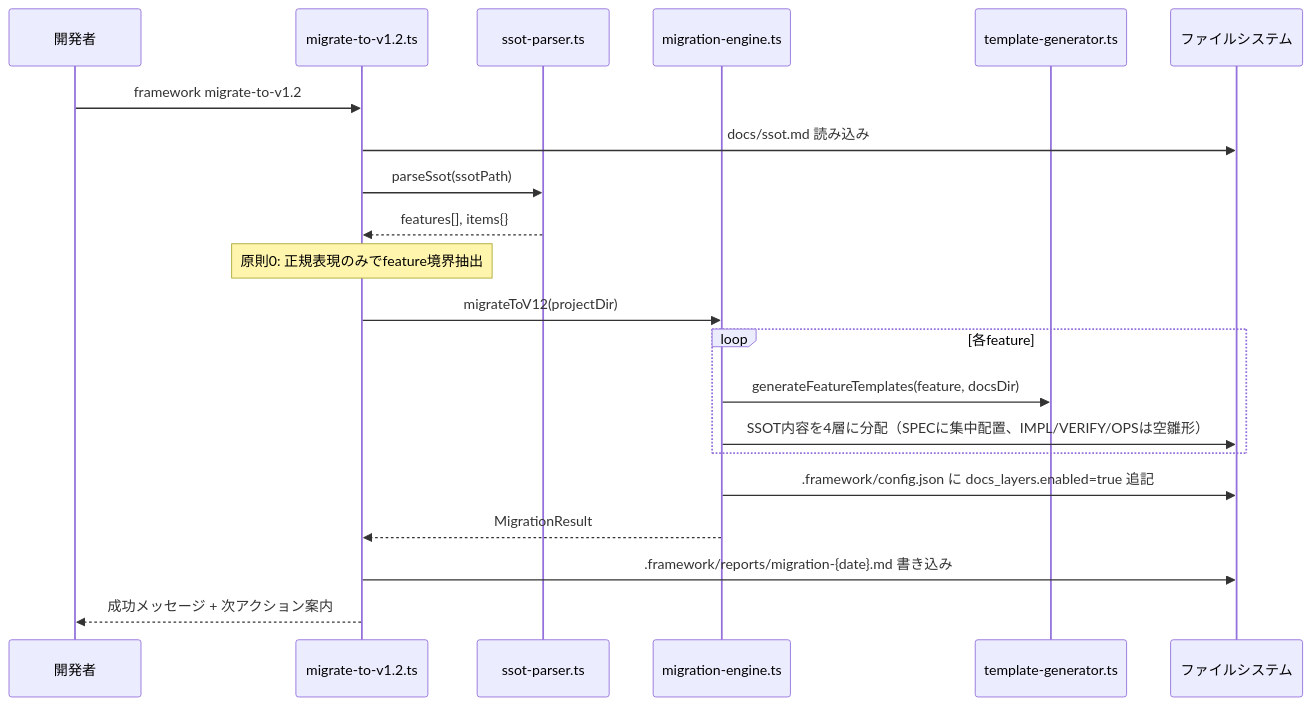
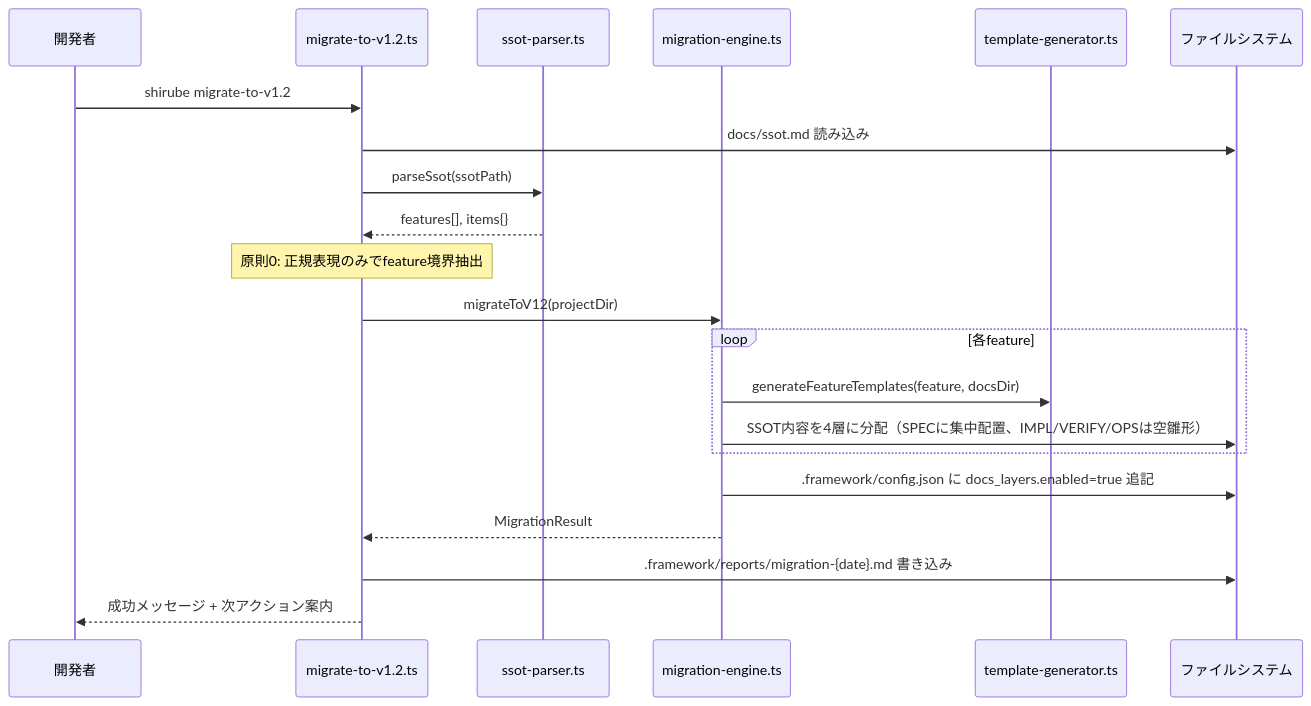
One commit to watchout/ai-dev-framework changed the third of 3 diagrams in docs/impl/v1.2.0-4layer-doc-system.md. Above: the diagram before and after it, drawn with Mermaid. The commit also changed other lines of this file and 134 other files, not shown here.

````diff
--- a/docs/impl/v1.2.0-4layer-doc-system.md
+++ b/docs/impl/v1.2.0-4layer-doc-system.md
@@ -244,24 +244,24 @@
 ```mermaid
 sequenceDiagram
   participant U as 開発者
   participant CLI as migrate-to-v1.2.ts
   participant SP as ssot-parser.ts
   participant ME as migration-engine.ts
   participant TG as template-generator.ts
   participant FS as ファイルシステム
 
-  U->>CLI: framework migrate-to-v1.2
+  U->>CLI: shirube migrate-to-v1.2
   CLI->>FS: docs/ssot.md 読み込み
   CLI->>SP: parseSsot(ssotPath)
   SP-->>CLI: features[], items{}
   Note over CLI: 原則0: 正規表現のみでfeature境界抽出
   CLI->>ME: migrateToV12(projectDir)
   loop 各feature
     ME->>TG: generateFeatureTemplates(feature, docsDir)
     ME->>FS: SSOT内容を4層に分配（SPECに集中配置、IMPL/VERIFY/OPSは空雛形）
   end
   ME->>FS: .framework/config.json に docs_layers.enabled=true 追記
   ME-->>CLI: MigrationResult
   CLI->>FS: .framework/reports/migration-{date}.md 書き込み
   CLI-->>U: 成功メッセージ + 次アクション案内
 ```
````
